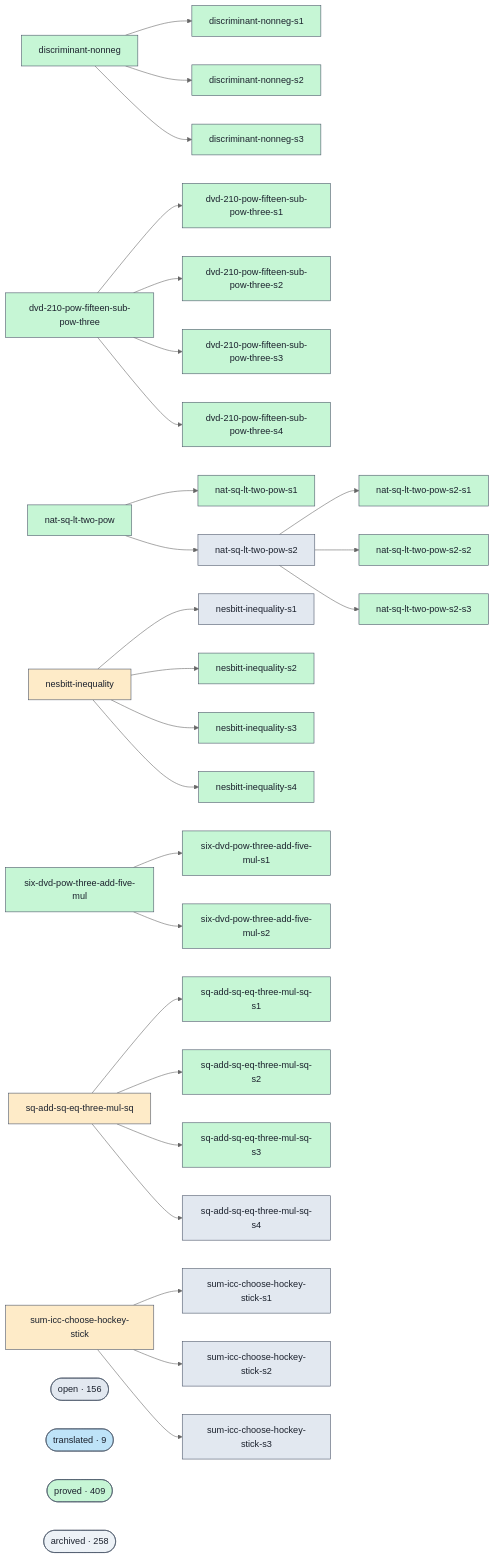
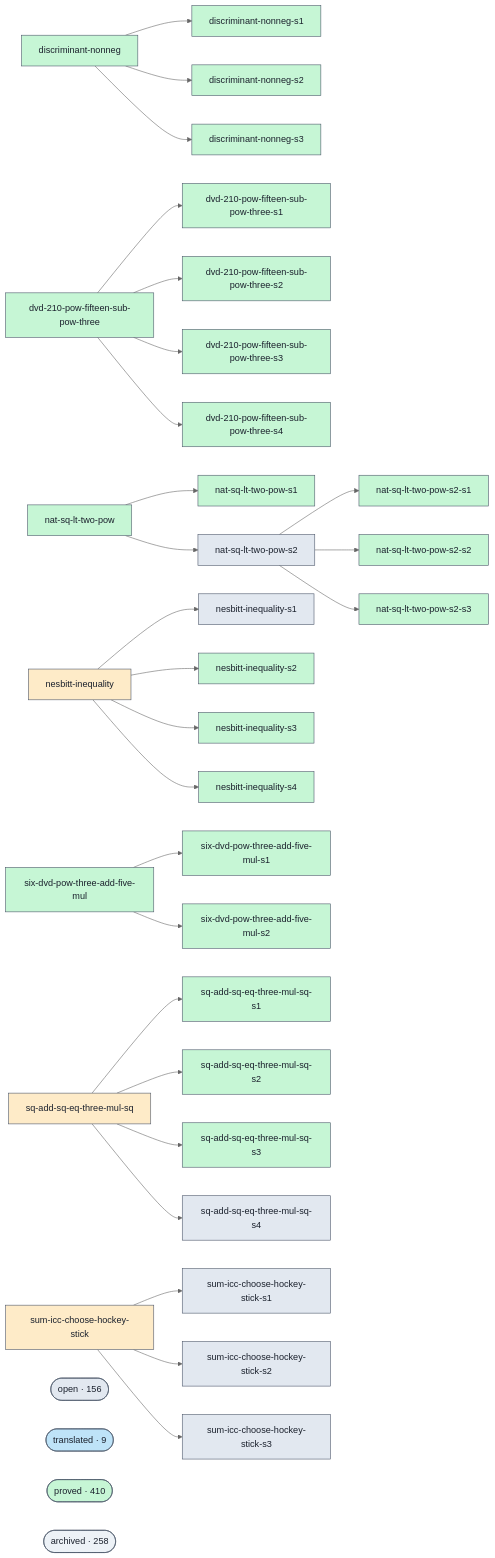
The diagram in docs/proofs-contributors-visualisation.md (ohdearquant/unsorry), drawn with Mermaid (neutral theme) before and after one commit. The commit also changed other lines of this file and 2 other files, not shown here.

```diff
--- a/docs/proofs-contributors-visualisation.md
+++ b/docs/proofs-contributors-visualisation.md
@@ -147,7 +147,7 @@
   class cluster_open open;
   cluster_translated(["translated · 9"])
   class cluster_translated translated;
-  cluster_proved(["proved · 409"])
+  cluster_proved(["proved · 410"])
   class cluster_proved proved;
   cluster_archived(["archived · 258"])
   class cluster_archived unknown;
```
